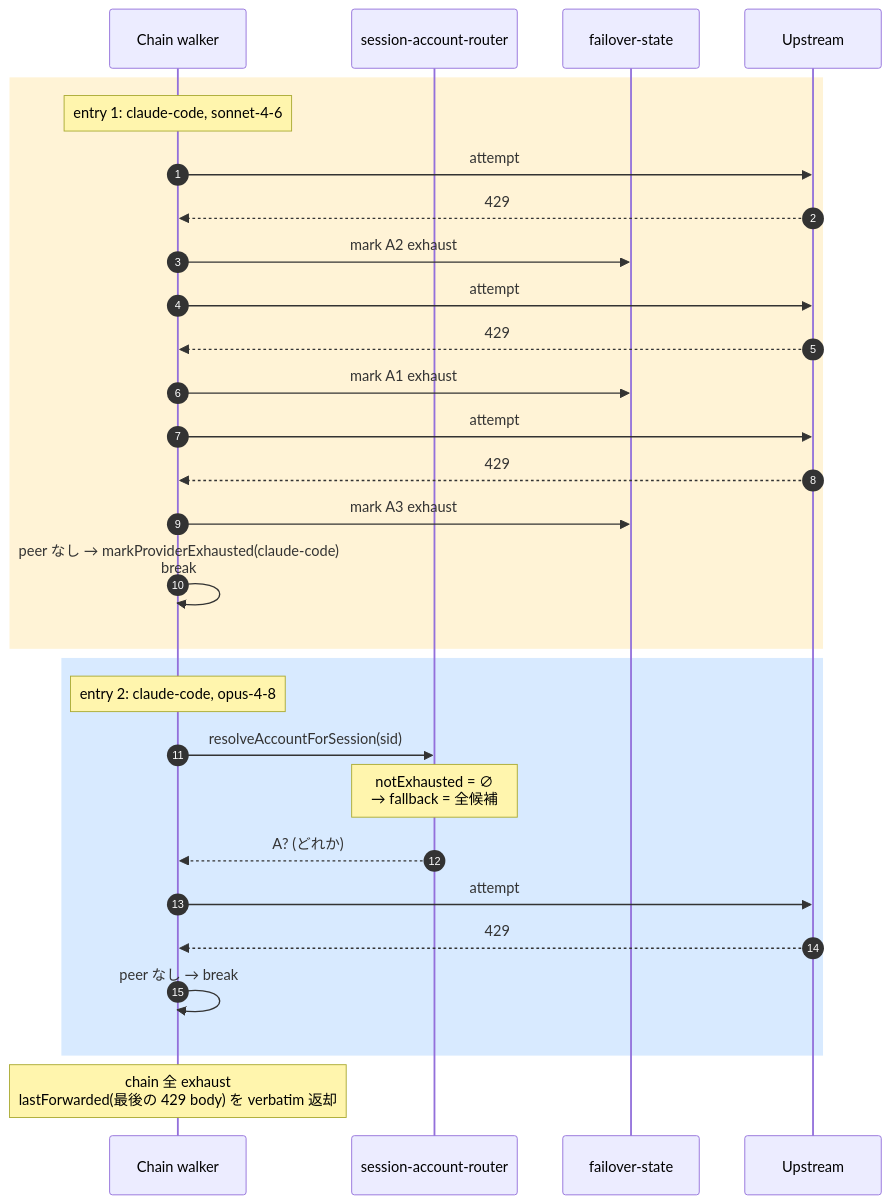
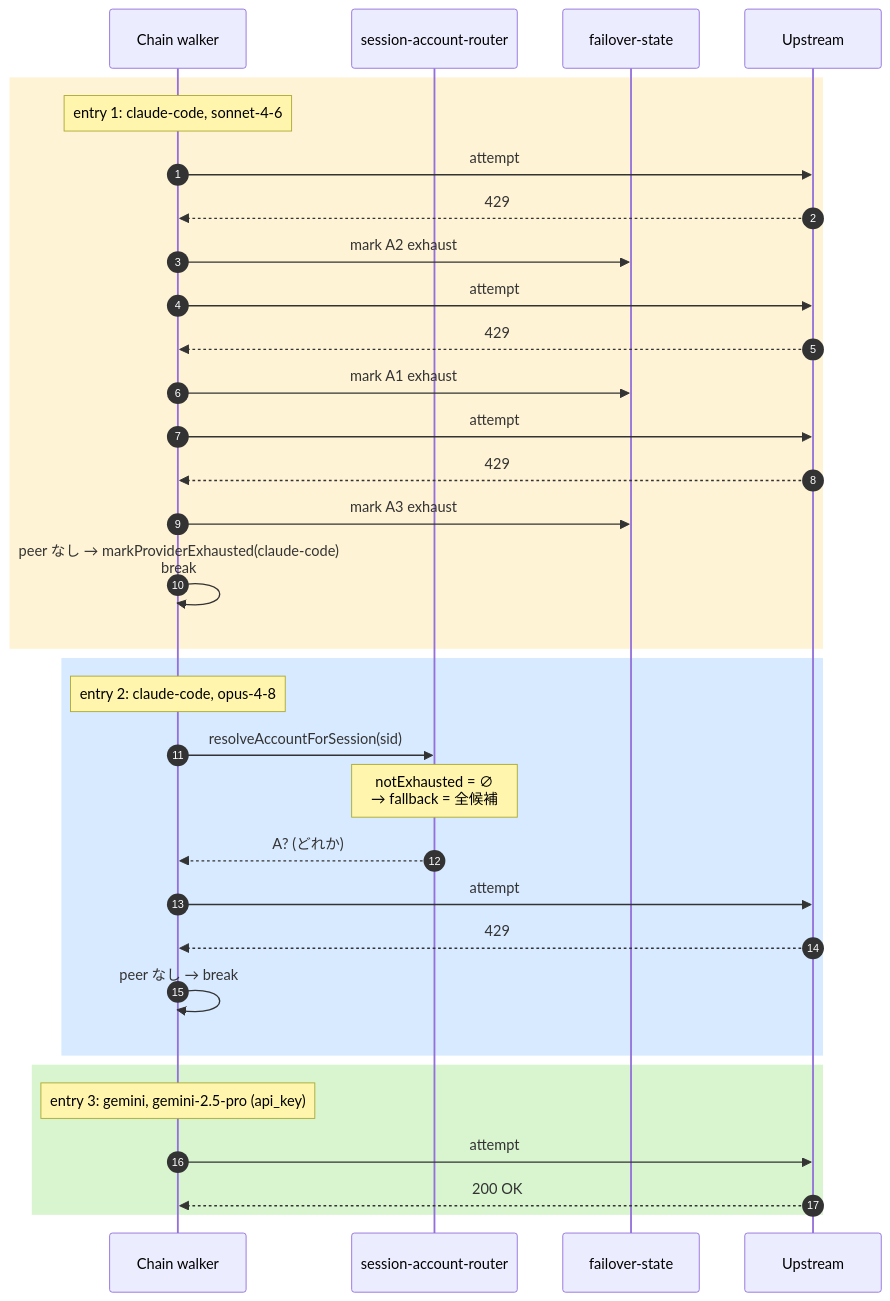
The seventh of 12 diagrams in docs/architecture/pipeline-overview.md (tkgstrator/rialto), drawn with Mermaid before and after one commit. The commit also changed other lines of this file and 137 other files, not shown here.

````diff
--- a/docs/architecture/pipeline-overview.md
+++ b/docs/architecture/pipeline-overview.md
@@ -311,34 +312,38 @@
 ```mermaid
 sequenceDiagram
   autonumber
   participant W as Chain walker
   participant SAR as session-account-router
   participant FS as failover-state
   participant U as Upstream
 
   rect rgb(255,243,214)
     Note over W: entry 1: claude-code, sonnet-4-6
     W->>U: attempt #1 (A2)
     U-->>W: 429
     W->>FS: mark A2 exhaust
     W->>U: attempt #2 (A1)
     U-->>W: 429
     W->>FS: mark A1 exhaust
     W->>U: attempt #3 (A3)
     U-->>W: 429
     W->>FS: mark A3 exhaust
     W->>W: peer なし → markProviderExhausted(claude-code)<br/>break
   end
 
   rect rgb(216,234,255)
     Note over W: entry 2: claude-code, opus-4-8
     W->>SAR: resolveAccountForSession(sid)
     Note over SAR: notExhausted = ∅<br/>→ fallback = 全候補
     SAR-->>W: A? (どれか)
     W->>U: attempt #1
     U-->>W: 429
     W->>W: peer なし → break
   end
 
-  Note over W: chain 全 exhaust<br/>lastForwarded(最後の 429 body) を verbatim 返却
+  rect rgb(216,245,208)
+    Note over W: entry 3: gemini, gemini-2.5-pro (api_key)
+    W->>U: attempt #1
+    U-->>W: 200 OK
+  end
 ```
````
